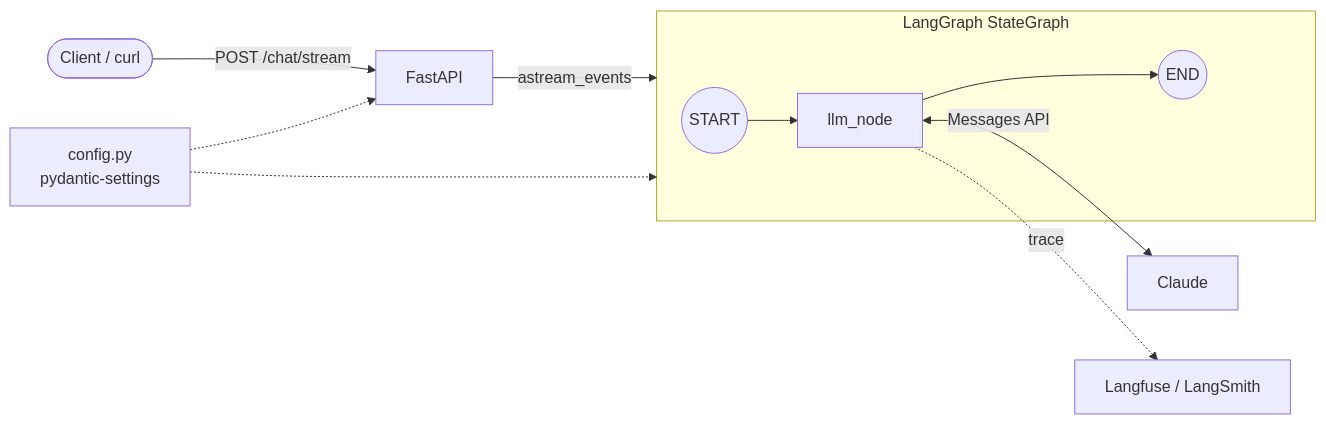
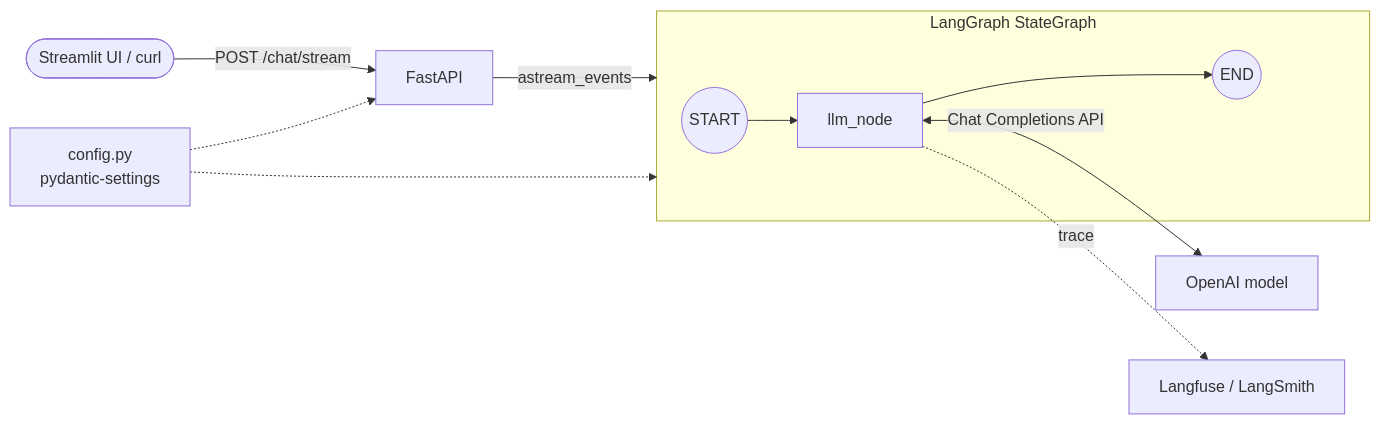
Before and after one commit to Anirudh1905/agentic-ai-chatbot: the first of 2 diagrams in docs/phase-1-foundation.md, drawn with Mermaid. The commit also changed other lines of this file and 29 other files, not shown here.

````diff
--- a/docs/phase-1-foundation.md
+++ b/docs/phase-1-foundation.md
@@ -21,15 +23,15 @@
 ```mermaid
 flowchart LR
-    Client([Client / curl]) -->|POST /chat/stream| API[FastAPI]
+    Client([Streamlit UI / curl]) -->|POST /chat/stream| API[FastAPI]
     API -->|astream_events| Graph
 
     subgraph Graph["LangGraph StateGraph"]
         START((START)) --> LLM[llm_node]
         LLM --> END((END))
     end
 
-    LLM <-->|Messages API| Claude[Claude]
+    LLM <-->|Chat Completions API| OpenAI[OpenAI model]
     LLM -.trace.-> Obs[Langfuse / LangSmith]
     Config[config.py<br/>pydantic-settings] -.-> API
     Config -.-> Graph
 ```
````
